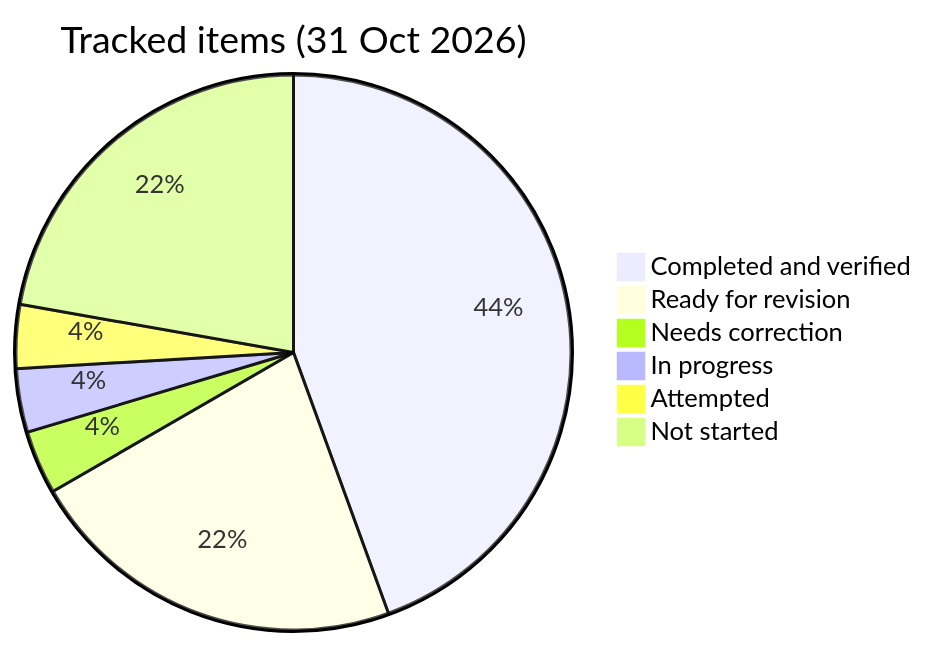
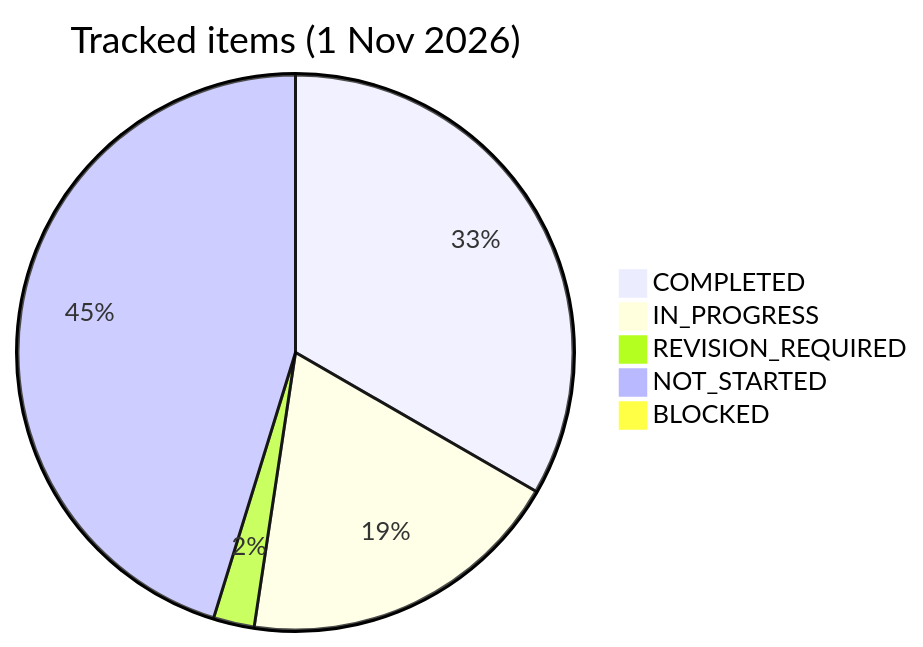
One commit to PrashantSury/java-switch-journey changed the diagram in PROGRESS.md. Above: the diagram before and after it, drawn with Mermaid. The commit also changed other lines of this file, not shown here.

Commit message:
Restructure around Senior Java Backend Mentor program (6/12): PROGRESS.md by track

````diff
--- a/PROGRESS.md
+++ b/PROGRESS.md
@@ -126,9 +186,8 @@
 ```mermaid
-pie title Tracked items (31 Oct 2026)
-  "Completed and verified" : 12
-  "Ready for revision" : 6
-  "Needs correction" : 1
-  "In progress" : 1
-  "Attempted" : 1
-  "Not started" : 6
+pie title Tracked items (1 Nov 2026)
+  "COMPLETED" : 14
+  "IN_PROGRESS" : 8
+  "REVISION_REQUIRED" : 1
+  "NOT_STARTED" : 19
+  "BLOCKED" : 0
 ```
````
